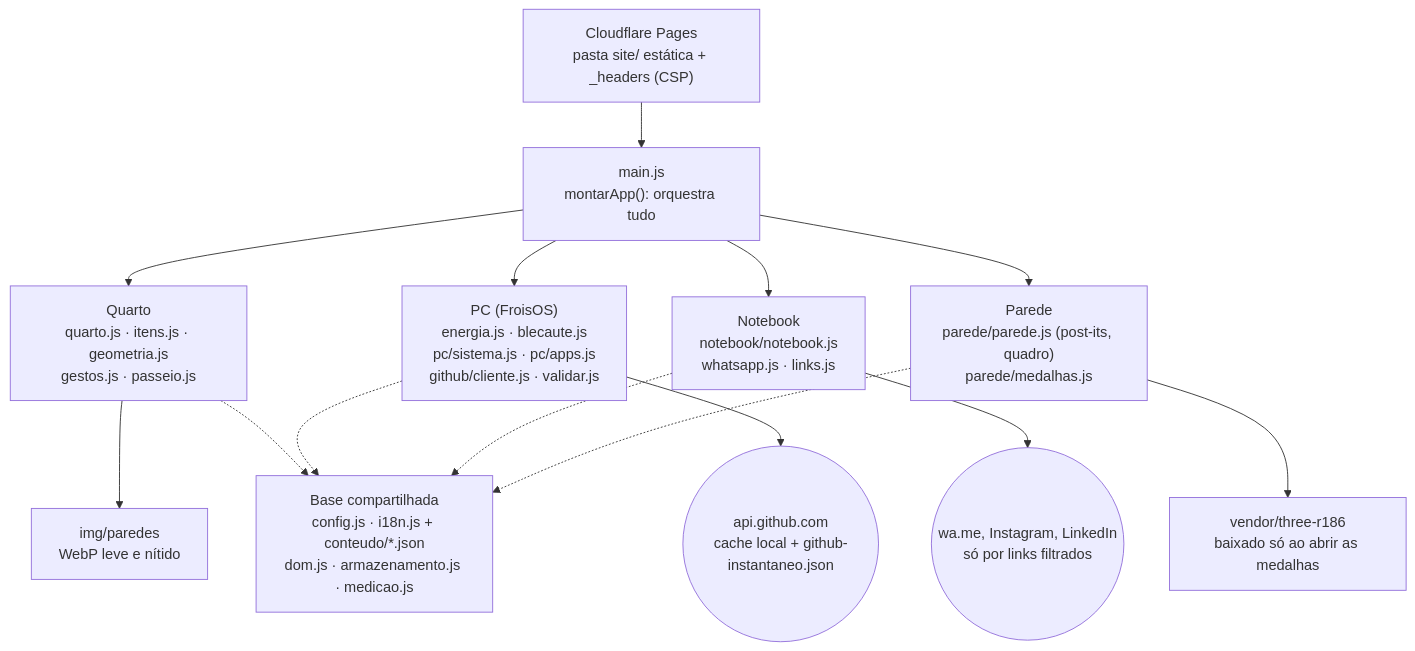
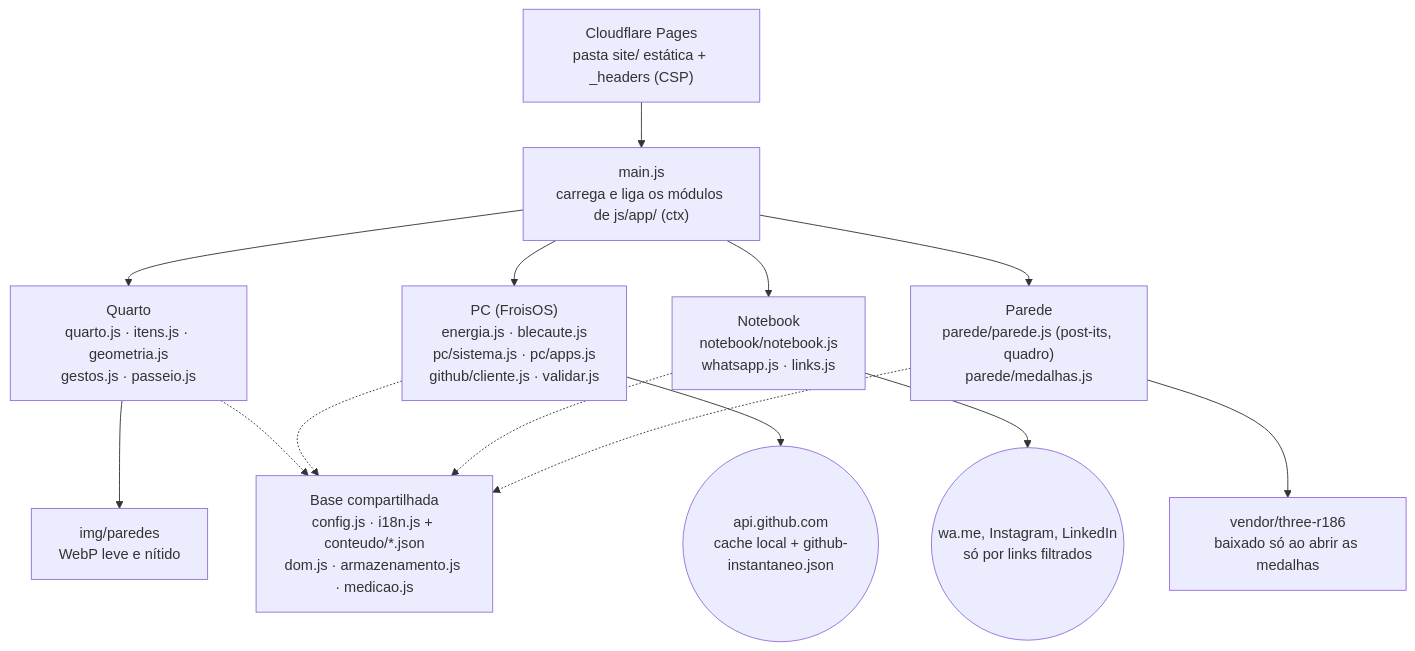
Before and after one commit to LucasFroisVasconcellos/site-portfolio: the diagram in docs/ARQUITETURA.md, drawn with Mermaid. The commit also changed other lines of this file and 16 other files, not shown here.

First line of the commit message:
refactor(a1): divide o main.js em 9 modulos em site/js/app

````diff
--- a/docs/ARQUITETURA.md
+++ b/docs/ARQUITETURA.md
@@ -5,17 +5,17 @@
 ```mermaid
 flowchart TD
-    CF["Cloudflare Pages<br/>pasta site/ estática + _headers (CSP)"] --> MAIN["main.js<br/>montarApp(): orquestra tudo"]
+    CF["Cloudflare Pages<br/>pasta site/ estática + _headers (CSP)"] --> MAIN["main.js<br/>carrega e liga os módulos de js/app/ (ctx)"]
     MAIN --> Q["Quarto<br/>quarto.js · itens.js · geometria.js<br/>gestos.js · passeio.js"]
     MAIN --> PC["PC (FroisOS)<br/>energia.js · blecaute.js<br/>pc/sistema.js · pc/apps.js<br/>github/cliente.js · validar.js"]
     MAIN --> NB["Notebook<br/>notebook/notebook.js<br/>whatsapp.js · links.js"]
     MAIN --> PA["Parede<br/>parede/parede.js (post-its, quadro)<br/>parede/medalhas.js"]
     Q --> IMG["img/paredes<br/>WebP leve e nítido"]
     PC --> GH(("api.github.com<br/>cache local + github-instantaneo.json"))
     NB --> EXT(("wa.me, Instagram, LinkedIn<br/>só por links filtrados"))
     PA --> THREE["vendor/three-r186<br/>baixado só ao abrir as medalhas"]
     BASE["Base compartilhada<br/>config.js · i18n.js + conteudo/*.json<br/>dom.js · armazenamento.js · medicao.js"]
     Q -.-> BASE
     PC -.-> BASE
     NB -.-> BASE
     PA -.-> BASE
 ```
````
